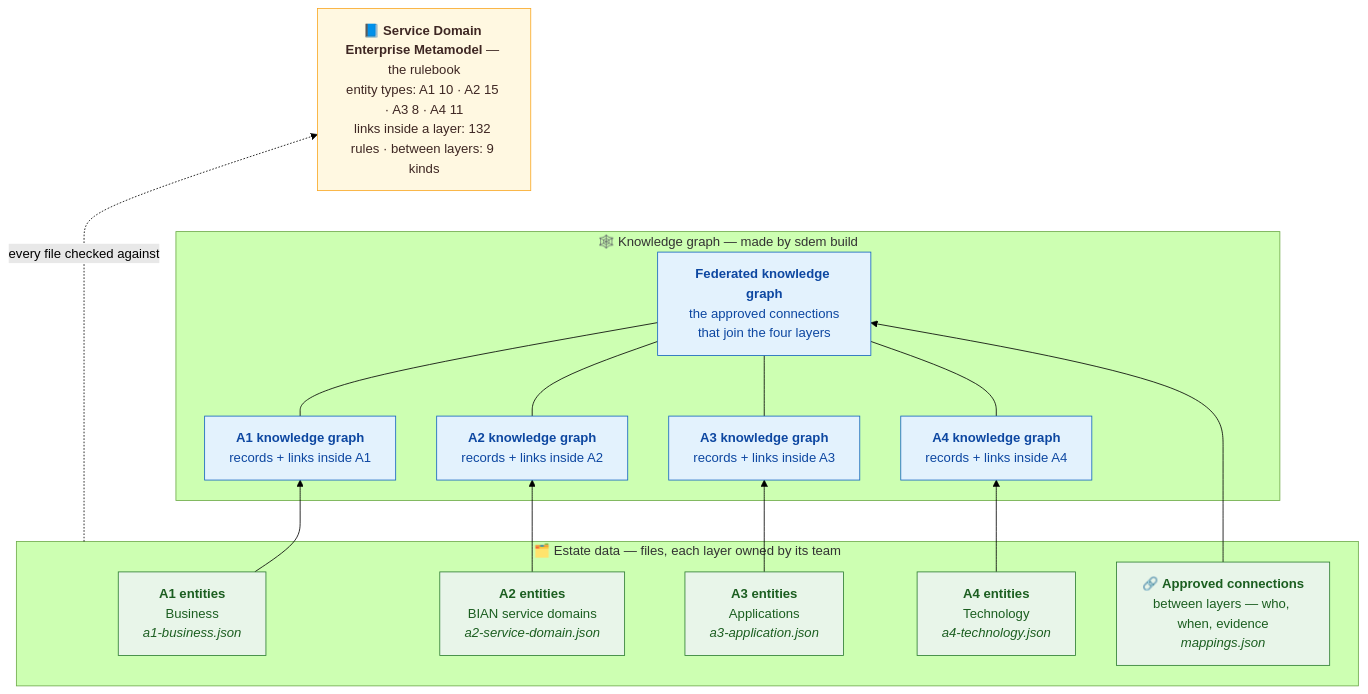
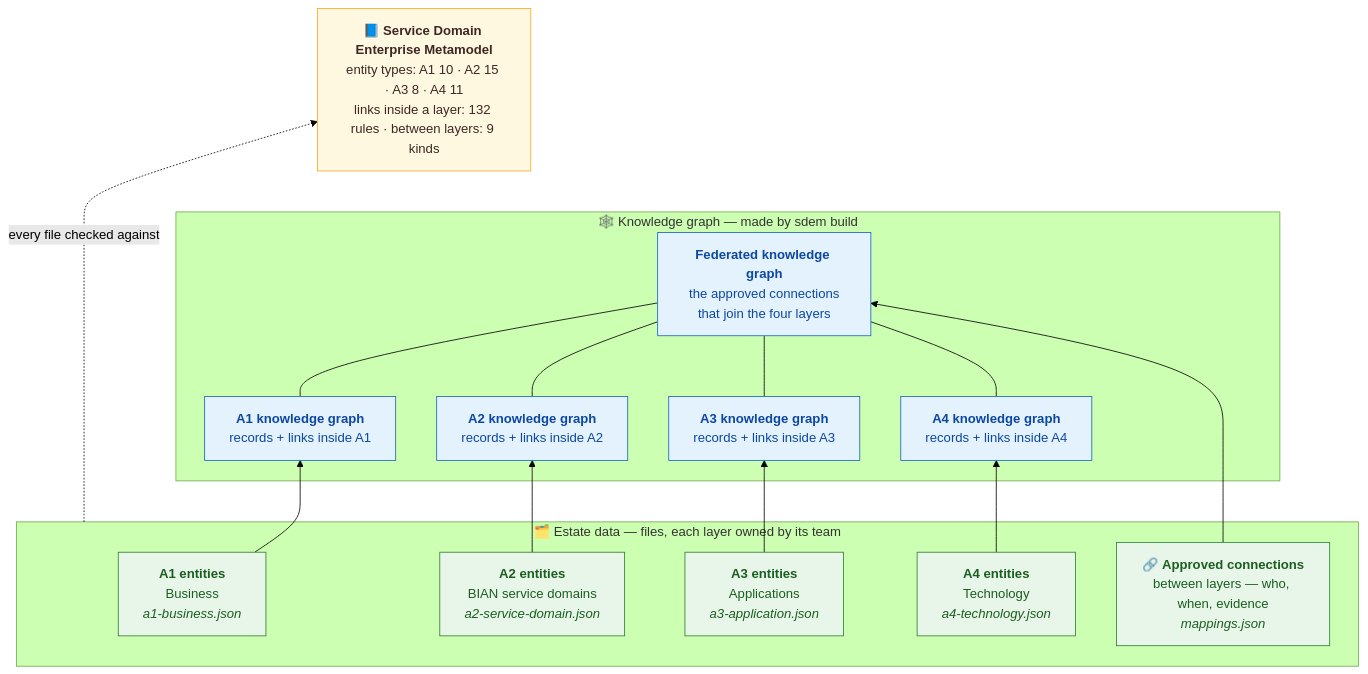
Before and after one commit to taumoeps/bian-sdem-framework: the third of 9 diagrams in README.md, drawn with Mermaid (forest theme). The commit also changed other lines of this file and 71 other files, not shown here.

Commit message:
One name: metamodel — "rulebook" removed from documents, messages, help and code comments; files renamed (docs/sdem-metamodel-guide.md, docs/design/sdem-metamodel-versioning.md, tests/test_engine_metamodel.py); no data, command or option changes; historical records keep their original words

````diff
--- a/README.md
+++ b/README.md
@@ -61,32 +61,32 @@
 ```mermaid
 flowchart BT
     subgraph DATA["🗂️ Estate data — files, each layer owned by its team"]
         E1["<b>A1 entities</b><br/>Business<br/><i>a1-business.json</i>"]
         E2["<b>A2 entities</b><br/>BIAN service domains<br/><i>a2-service-domain.json</i>"]
         E3["<b>A3 entities</b><br/>Applications<br/><i>a3-application.json</i>"]
         E4["<b>A4 entities</b><br/>Technology<br/><i>a4-technology.json</i>"]
         C["🔗 <b>Approved connections</b><br/>between layers — who, when, evidence<br/><i>mappings.json</i>"]
     end
     subgraph KG["🕸️ Knowledge graph — made by sdem build"]
         G1["<b>A1 knowledge graph</b><br/>records + links inside A1"]
         G2["<b>A2 knowledge graph</b><br/>records + links inside A2"]
         G3["<b>A3 knowledge graph</b><br/>records + links inside A3"]
         G4["<b>A4 knowledge graph</b><br/>records + links inside A4"]
         F["<b>Federated knowledge graph</b><br/>the approved connections<br/>that join the four layers"]
     end
-    MM["📘 <b>Service Domain Enterprise Metamodel</b> — the rulebook<br/>entity types: A1 10 · A2 15 · A3 8 · A4 11<br/>links inside a layer: 132 rules · between layers: 9 kinds"]
+    MM["📘 <b>Service Domain Enterprise Metamodel</b><br/>entity types: A1 10 · A2 15 · A3 8 · A4 11<br/>links inside a layer: 132 rules · between layers: 9 kinds"]
     E1 --> G1
     E2 --> G2
     E3 --> G3
     E4 --> G4
     C --> F
     G1 & G2 & G3 & G4 --- F
     F ~~~ MM
     DATA -.->|"every file checked against"| MM
     classDef r fill:#FFF8E1,stroke:#F9A825,color:#3E2723
     classDef d fill:#E8F5E9,stroke:#2E7D32,color:#1B5E20
     classDef g fill:#E3F2FD,stroke:#1565C0,color:#0D47A1
     class MM r
     class E1,E2,E3,E4,C d
     class G1,G2,G3,G4,F g
 ```
````
